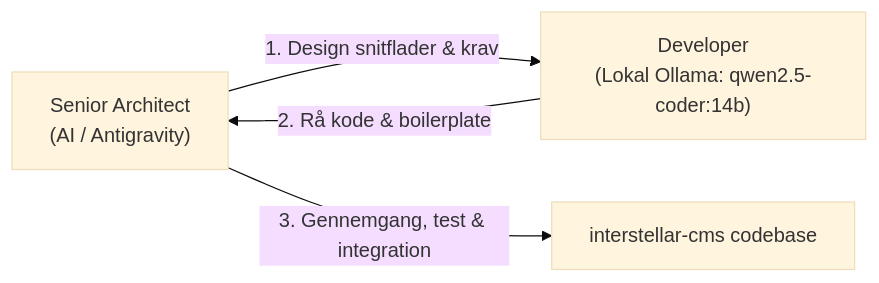
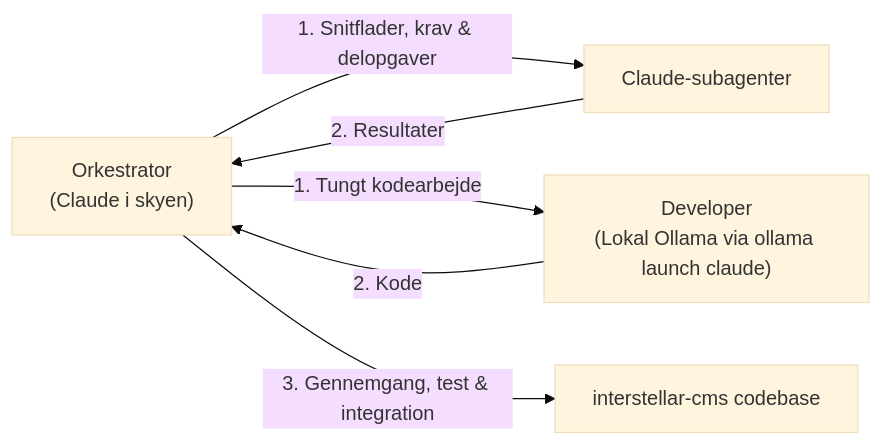
Before and after one commit to larsadolfsen/morpheme-cms: the diagram in AGENTS.md, drawn with Mermaid (base theme). The commit also changed other lines of this file, not shown here.

````diff
--- a/AGENTS.md
+++ b/AGENTS.md
@@ -54,6 +54,8 @@
 ```mermaid
 flowchart LR
-    A["Senior Architect<br/>(AI / Antigravity)"] -->|"1. Design snitflader & krav"| D["Developer<br/>(Lokal Ollama: qwen2.5-coder:14b)"]
-    D -->|"2. Rå kode & boilerplate"| A
+    A["Orkestrator<br/>(Claude i skyen)"] -->|"1. Snitflader, krav & delopgaver"| S["Claude-subagenter"]
+    A -->|"1. Tungt kodearbejde"| D["Developer<br/>(Lokal Ollama via ollama launch claude)"]
+    S -->|"2. Resultater"| A
+    D -->|"2. Kode"| A
     A -->|"3. Gennemgang, test & integration"| R["interstellar-cms codebase"]
 ```
````
